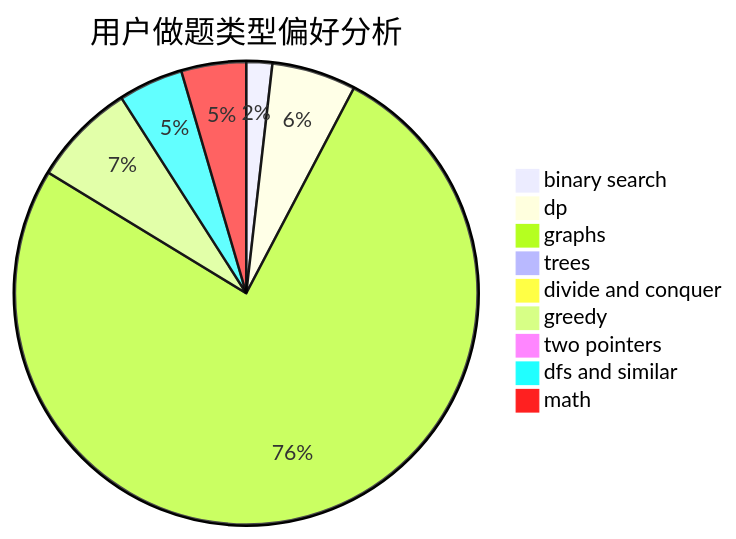
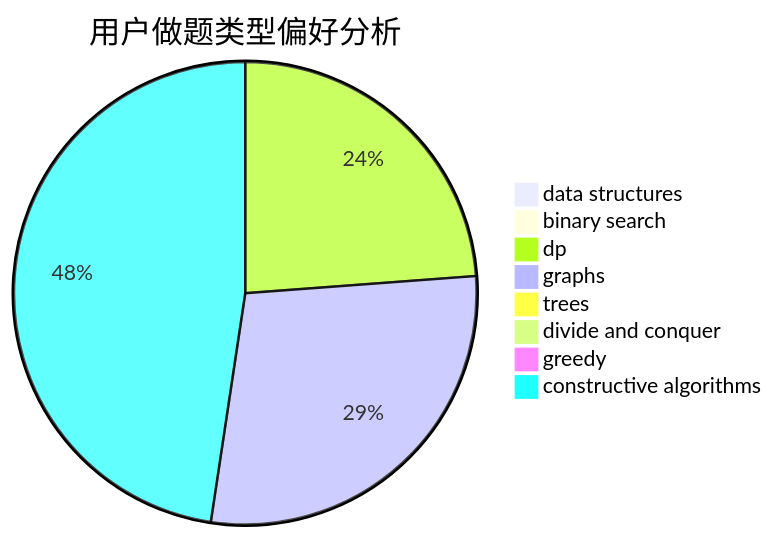
The second of 3 diagrams in docs/user/u302.md (sherpahu/cfrs.github.io), drawn with Mermaid before and after one commit. The commit also changed other lines of this file and 2775 other files, not shown here.

````diff
--- a/docs/user/u302.md
+++ b/docs/user/u302.md
@@ -23,12 +23,11 @@
 ```mermaid
 pie title 用户做题类型偏好分析
-    "binary search" :  4
-    "dp" :  13
-    "graphs" :  168
+    "data structures" :  0
+    "binary search" :  0
+    "dp" :  5
+    "graphs" :  6
     "trees" :  0
     "divide and conquer" :  0
-    "greedy" :  16
-    "two pointers" :  0
-    "dfs and similar" :  10
-    "math" :  10
+    "greedy" :  0
+    "constructive algorithms" :  10
 ```
````
